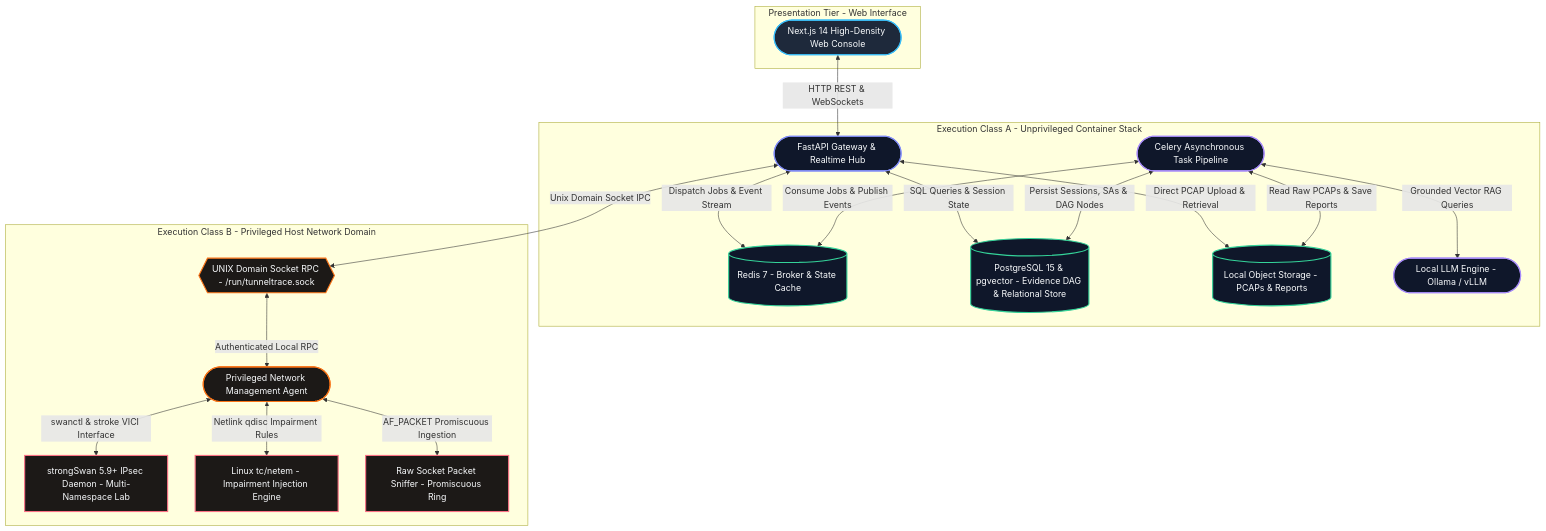
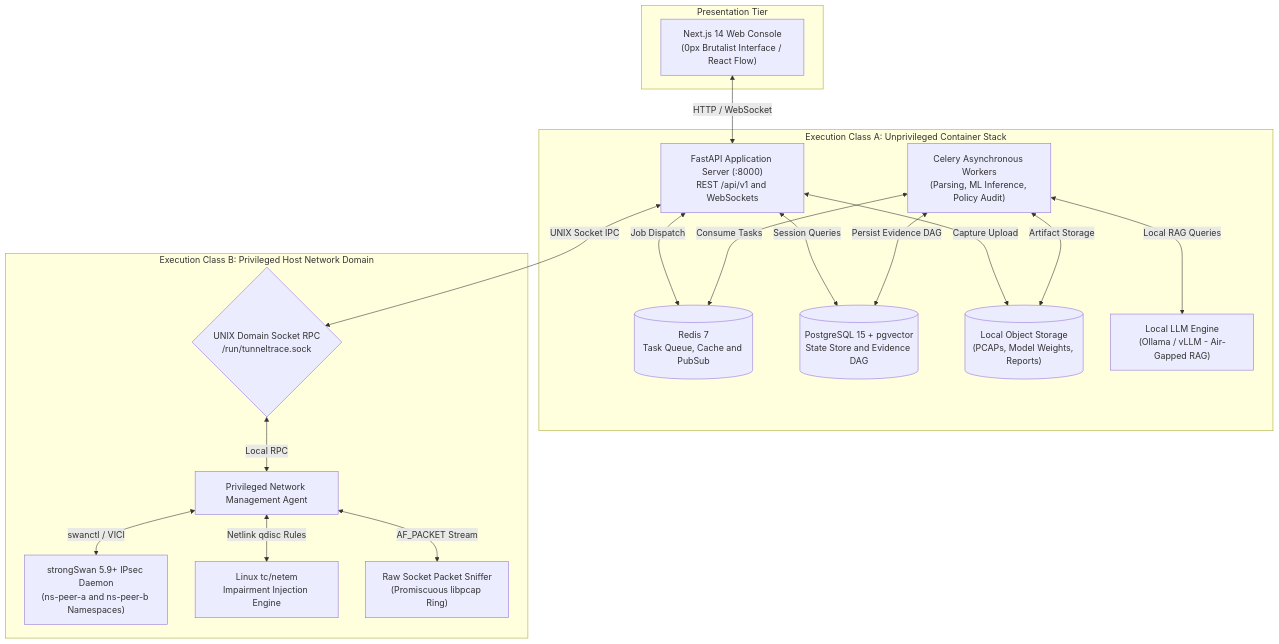
The first of 5 diagrams in README.md (sharancode3/TunnelTrace-AI), drawn with Mermaid before and after one commit. The commit also changed other lines of this file, not shown here.

Commit message:
docs: standardize all README diagrams to clean uncolored monochrome Mermaid syntax matching system architecture reference

````diff
--- a/README.md
+++ b/README.md
@@ -45,46 +45,39 @@
 ```mermaid
 graph TD
-    classDef client fill:#1e293b,stroke:#38bdf8,stroke-width:2px,color:#f8fafc;
-    classDef api fill:#0f172a,stroke:#818cf8,stroke-width:2px,color:#f8fafc;
-    classDef worker fill:#0f172a,stroke:#a78bfa,stroke-width:2px,color:#f8fafc;
-    classDef storage fill:#0f172a,stroke:#34d399,stroke-width:2px,color:#f8fafc;
-    classDef agent fill:#1c1917,stroke:#f97316,stroke-width:2px,color:#f8fafc;
-    classDef network fill:#1c1917,stroke:#fb7185,stroke-width:2px,color:#f8fafc;
-
-    subgraph Tier_Client [Presentation Tier - Web Interface]
-        UI([Next.js 14 High-Density Web Console]):::client
+    subgraph Client_Tier ["Presentation Tier"]
+        UI["Next.js 14 Web Console<br/>(0px Brutalist Interface / React Flow)"]
     end
 
-    subgraph Tier_ClassA [Execution Class A - Unprivileged Container Stack]
-        API([FastAPI Gateway & Realtime Hub]):::api
-        CELERY([Celery Asynchronous Task Pipeline]):::worker
-        REDIS[(Redis 7 - Broker & State Cache)]:::storage
-        POSTGRES[(PostgreSQL 15 & pgvector - Evidence DAG & Relational Store)]:::storage
-        MINIO[(Local Object Storage - PCAPs & Reports)]:::storage
-        LLM([Local LLM Engine - Ollama / vLLM]):::worker
+    subgraph Class_A ["Execution Class A: Unprivileged Container Stack"]
+        API["FastAPI Application Server (:8000)<br/>REST /api/v1 and WebSockets"]
+        CELERY["Celery Asynchronous Workers<br/>(Parsing, ML Inference, Policy Audit)"]
+        REDIS[("Redis 7<br/>Task Queue, Cache and PubSub")]
+        POSTGRES[("PostgreSQL 15 + pgvector<br/>State Store and Evidence DAG")]
+        STORAGE[("Local Object Storage<br/>(PCAPs, Model Weights, Reports)")]
+        LOCAL_LLM["Local LLM Engine<br/>(Ollama / vLLM - Air-Gapped RAG)"]
     end
 
-    subgraph Tier_ClassB [Execution Class B - Privileged Host Network Domain]
-        SOCK{{UNIX Domain Socket RPC - /run/tunneltrace.sock}}:::agent
-        AGENT([Privileged Network Management Agent]):::agent
-        SWAN[strongSwan 5.9+ IPsec Daemon - Multi-Namespace Lab]:::network
-        NETEM[Linux tc/netem - Impairment Injection Engine]:::network
-        SNIFF[Raw Socket Packet Sniffer - Promiscuous Ring]:::network
+    subgraph Class_B ["Execution Class B: Privileged Host Network Domain"]
+        SOCK{"UNIX Domain Socket RPC<br/>/run/tunneltrace.sock"}
+        AGENT["Privileged Network Management Agent"]
+        SWAN["strongSwan 5.9+ IPsec Daemon<br/>(ns-peer-a and ns-peer-b Namespaces)"]
+        NETEM["Linux tc/netem<br/>Impairment Injection Engine"]
+        SNIFF["Raw Socket Packet Sniffer<br/>(Promiscuous libpcap Ring)"]
     end
 
-    UI <-->|HTTP REST & WebSockets| API
-    API <-->|Dispatch Jobs & Event Stream| REDIS
-    API <-->|SQL Queries & Session State| POSTGRES
-    API <-->|Direct PCAP Upload & Retrieval| MINIO
-    API <-->|Unix Domain Socket IPC| SOCK
-    SOCK <-->|Authenticated Local RPC| AGENT
+    UI <-->|"HTTP / WebSocket"| API
+    API <-->|"Job Dispatch"| REDIS
+    API <-->|"Session Queries"| POSTGRES
+    API <-->|"Capture Upload"| STORAGE
+    API <-->|"UNIX Socket IPC"| SOCK
+    SOCK <-->|"Local RPC"| AGENT
 
-    CELERY <-->|Consume Jobs & Publish Events| REDIS
-    CELERY <-->|Persist Sessions, SAs & DAG Nodes| POSTGRES
-    CELERY <-->|Read Raw PCAPs & Save Reports| MINIO
-    CELERY <-->|Grounded Vector RAG Queries| LLM
+    CELERY <-->|"Consume Tasks"| REDIS
+    CELERY <-->|"Persist Evidence DAG"| POSTGRES
+    CELERY <-->|"Artifact Storage"| STORAGE
+    CELERY <-->|"Local RAG Queries"| LOCAL_LLM
 
-    AGENT <-->|swanctl & stroke VICI Interface| SWAN
-    AGENT <-->|Netlink qdisc Impairment Rules| NETEM
-    AGENT <-->|AF_PACKET Promiscuous Ingestion| SNIFF
+    AGENT <-->|"swanctl / VICI"| SWAN
+    AGENT <-->|"Netlink qdisc Rules"| NETEM
+    AGENT <-->|"AF_PACKET Stream"| SNIFF
 ```
````
